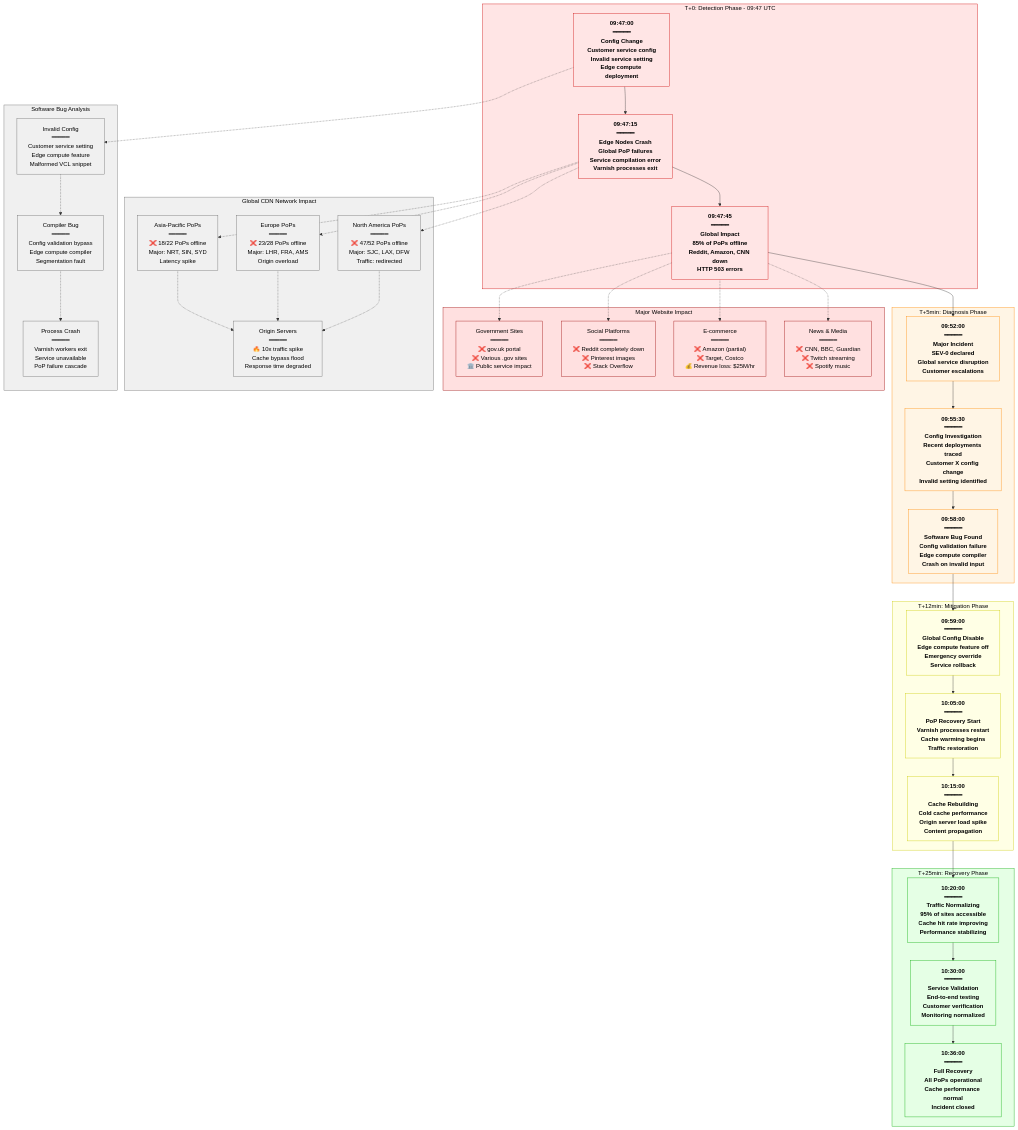
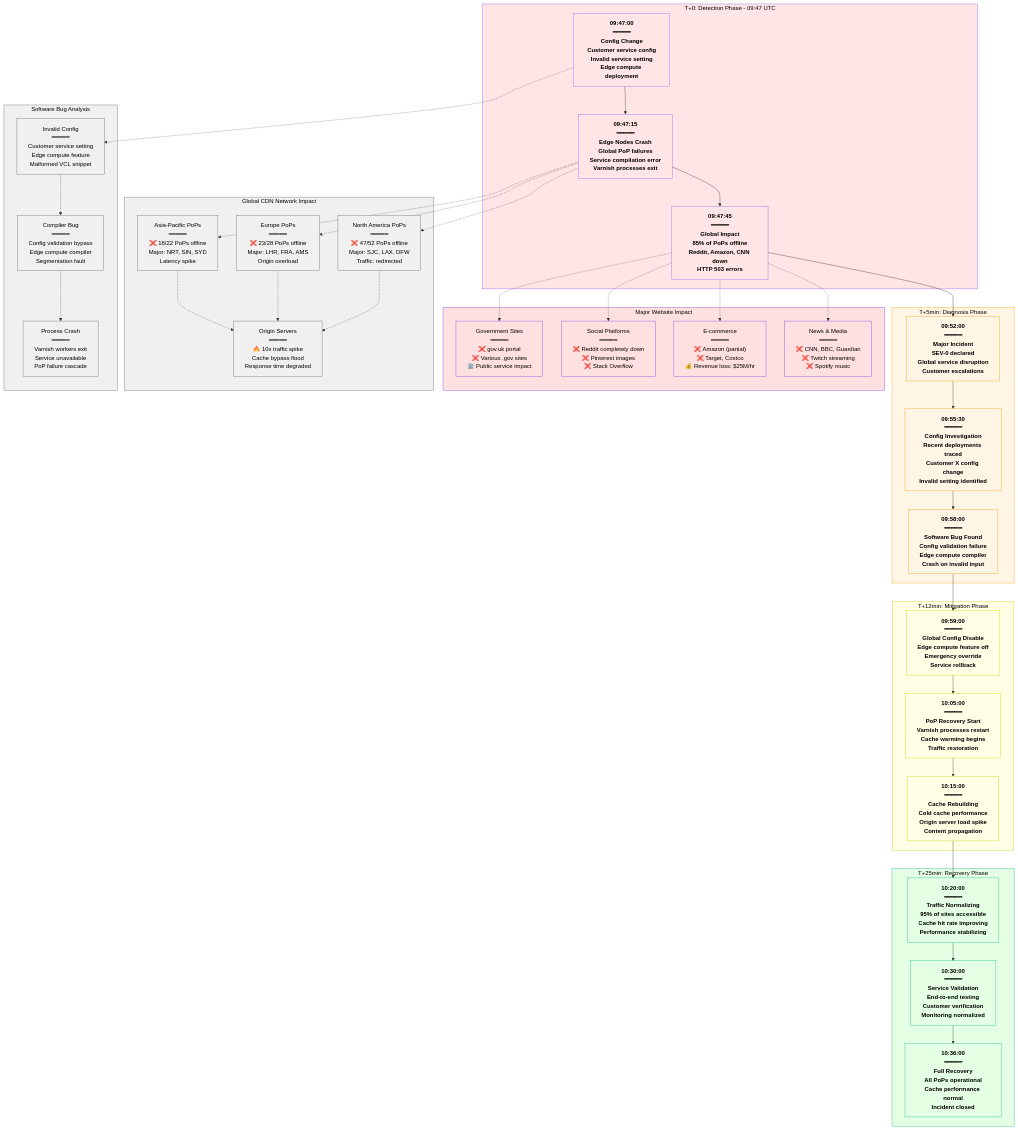
The first of 3 diagrams in site/docs/incidents/fastly-2021.md (deepaucksharma/DS), drawn with Mermaid before and after one commit. The commit also changed other lines of this file and 303 other files, not shown here.

````diff
--- a/site/docs/incidents/fastly-2021.md
+++ b/site/docs/incidents/fastly-2021.md
@@ -18,7 +18,7 @@
 ```mermaid
 graph TB
     subgraph Detection["T+0: Detection Phase - 09:47 UTC"]
-        style Detection fill:#FFE5E5,stroke:#CC0000,color:#000
+        style Detection fill:#FFE5E5,stroke:#8B5CF6,color:#000
 
         Start["09:47:00<br/>━━━━━<br/>Config Change<br/>Customer service config<br/>Invalid service setting<br/>Edge compute deployment"]
 
@@ -28,7 +28,7 @@
     end
 
     subgraph Diagnosis["T+5min: Diagnosis Phase"]
-        style Diagnosis fill:#FFF5E5,stroke:#FF8800,color:#000
+        style Diagnosis fill:#FFF5E5,stroke:#F59E0B,color:#000
 
         Incident["09:52:00<br/>━━━━━<br/>Major Incident<br/>SEV-0 declared<br/>Global service disruption<br/>Customer escalations"]
 
@@ -48,7 +48,7 @@
     end
 
     subgraph Recovery["T+25min: Recovery Phase"]
-        style Recovery fill:#E5FFE5,stroke:#00AA00,color:#000
+        style Recovery fill:#E5FFE5,stroke:#10B981,color:#000
 
         TrafficNormal["10:20:00<br/>━━━━━<br/>Traffic Normalizing<br/>95% of sites accessible<br/>Cache hit rate improving<br/>Performance stabilizing"]
 
@@ -72,7 +72,7 @@
 
     %% Major Site Impact
     subgraph SiteImpact["Major Website Impact"]
-        style SiteImpact fill:#FFE0E0,stroke:#990000,color:#000
+        style SiteImpact fill:#FFE0E0,stroke:#7C3AED,color:#000
 
         NewsMedia["News & Media<br/>━━━━━<br/>❌ CNN, BBC, Guardian<br/>❌ Twitch streaming<br/>❌ Spotify music"]
 
@@ -125,12 +125,12 @@
     CompilerBug -.-> ProcessCrash
 
     %% Apply timeline colors
-    classDef detectStyle fill:#FFE5E5,stroke:#CC0000,color:#000,font-weight:bold
-    classDef diagnoseStyle fill:#FFF5E5,stroke:#FF8800,color:#000,font-weight:bold
+    classDef detectStyle fill:#FFE5E5,stroke:#8B5CF6,color:#000,font-weight:bold
+    classDef diagnoseStyle fill:#FFF5E5,stroke:#F59E0B,color:#000,font-weight:bold
     classDef mitigateStyle fill:#FFFFE5,stroke:#CCCC00,color:#000,font-weight:bold
-    classDef recoverStyle fill:#E5FFE5,stroke:#00AA00,color:#000,font-weight:bold
+    classDef recoverStyle fill:#E5FFE5,stroke:#10B981,color:#000,font-weight:bold
     classDef cdnStyle fill:#F0F0F0,stroke:#666666,color:#000
-    classDef siteStyle fill:#FFE0E0,stroke:#990000,color:#000
+    classDef siteStyle fill:#FFE0E0,stroke:#7C3AED,color:#000
     classDef bugStyle fill:#F0F0F0,stroke:#666666,color:#000
 
     class Start,Alert1,Alert2 detectStyle
````
